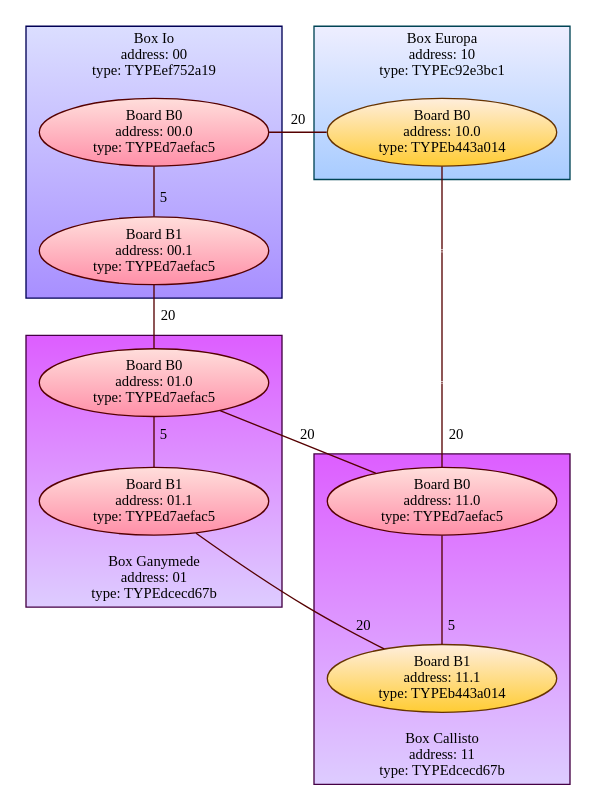
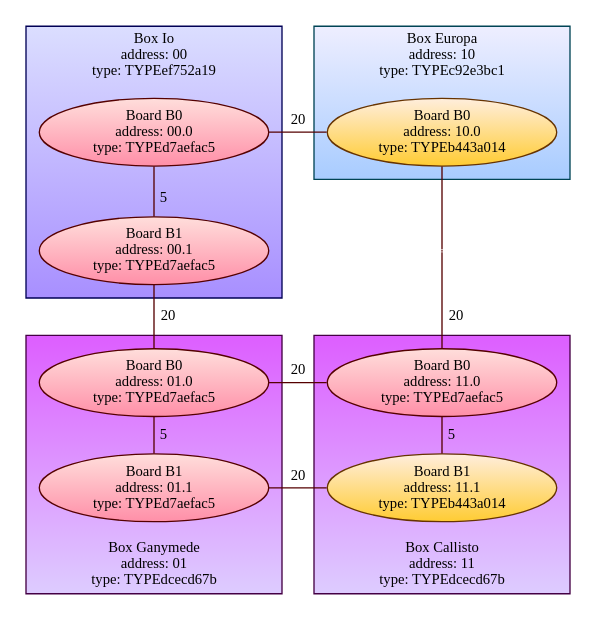
Before and after one commit to POETSII/orchestrator-documentation: the diagram in images/source/dialect_3.dot, drawn with Graphviz.

Commit message:
Fix bad spacing in dialect 3 image.

```diff
--- a/images/source/dialect_3.dot
+++ b/images/source/dialect_3.dot
@@ -1,82 +1,81 @@
 graph G {
     fontname="Inconsolata";
     fontsize=11;
     margin=0;
     nodesep=0.3;
     rankdir="UD";
     ranksep=0;
 
     // Board display properties.
     node[color="#550000",
          fillcolor="#ffdedb:#ff8fa8",
          fontname="Inconsolata",
          fontsize=11,
          gradientangle=270,
          margin=0,
          shape="ellipse",
          style="filled"];
 
     // Board-connection display properties.
     edge[fontname="Inconsolata",
          fontsize=11,
          color="#550000"];
 
     // Boxes and the boards they contain.
     graph[color="#000055",
           gradientangle=270,
           style="filled"];
 
     subgraph cluster_Io {
         fillcolor="#dbdeff:#a88fff";
         margin=10;
         label="Box Io\naddress: 00\ntype: TYPEef752a19";
         IoB0[label="Board B0\naddress: 00.0\ntype: TYPEd7aefac5"];
         IoB1[label="Board B1\naddress: 00.1\ntype: TYPEd7aefac5"];
     }
 
     subgraph cluster_Europa {
         fillcolor="#eeeeff:#a8ccff";
         color="#004455";
         margin=10;
         label="Box Europa\naddress: 10\ntype: TYPEc92e3bc1";
         EuropaB0[label="Board B0\naddress: 10.0\ntype: TYPEb443a014",
                  fillcolor="#ffeedd:#ffcc33", color="#663300"];
     }
 
     graph[labelloc="b",
           color="#440044";
           fillcolor="#ddccff:#dd5eff";
           gradientangle=90];
 
     subgraph cluster_Ganymede {
         margin=10;
         label="Box Ganymede\naddress: 01\ntype: TYPEdcecd67b";
         GanymedeB0[label="Board B0\naddress: 01.0\ntype: TYPEd7aefac5"];
         GanymedeB1[label="Board B1\naddress: 01.1\ntype: TYPEd7aefac5"];
     }
 
     subgraph cluster_Callisto {
         margin=10;
         label="Box Callisto\naddress: 11\ntype: TYPEdcecd67b";
         CallistoB0[label="Board B0\naddress: 11.0\ntype: TYPEd7aefac5"];
         CallistoB1[label="Board B1\naddress: 11.1\ntype: TYPEb443a014",
                    fillcolor="#ffeedd:#ffcc33", color="#663300"];
     }
 
     // Formatting
     node[shape="point", width=0.005, color="#550000", style="filled"];
     EuropaB0 -- Invis;
-    Invis -- Invis2;
 
     // Inter-box links
     IoB0 -- IoB1 [label=" 5"];
     GanymedeB0 -- GanymedeB1 [label=" 5"];
     CallistoB0 -- CallistoB1 [label=" 5"];
 
     // Cross-box links
     IoB0 -- EuropaB0 [label="20", constraint=false];
     IoB1 -- GanymedeB0 [label=" 20"];
-    Invis2 -- CallistoB0 [label=" 20"];
+    Invis -- CallistoB0 [label=" 20"];
     GanymedeB0 -- CallistoB0 [label="20", constraint=false];
     GanymedeB1 -- CallistoB1 [label="20", constraint=false];
 }
```
